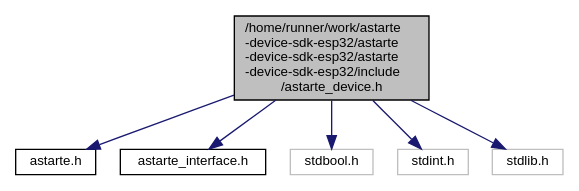
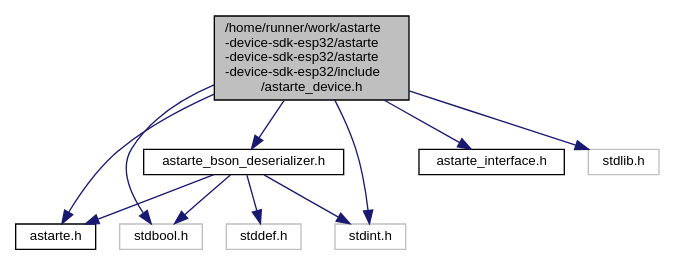
One commit to astarte-platform/docs changed the diagram in device-sdks/esp32/snapshot/api/astarte__device_8h__incl.dot. Above: the diagram before and after it, drawn with Graphviz. The commit also changed 57 other files, not shown here.

```diff
--- a/device-sdks/esp32/snapshot/api/astarte__device_8h__incl.dot
+++ b/device-sdks/esp32/snapshot/api/astarte__device_8h__incl.dot
@@ -1,17 +1,24 @@
 digraph "/home/runner/work/astarte-device-sdk-esp32/astarte-device-sdk-esp32/astarte-device-sdk-esp32/include/astarte_device.h"
 {
  // LATEX_PDF_SIZE
   edge [fontname="Helvetica",fontsize="10",labelfontname="Helvetica",labelfontsize="10"];
   node [fontname="Helvetica",fontsize="10",shape=record];
   Node1 [label="/home/runner/work/astarte\l-device-sdk-esp32/astarte\l-device-sdk-esp32/astarte\l-device-sdk-esp32/include\l/astarte_device.h",height=0.2,width=0.4,color="black", fillcolor="grey75", style="filled", fontcolor="black",tooltip="Astarte device SDK high level API."];
   Node1 -> Node2 [color="midnightblue",fontsize="10",style="solid",fontname="Helvetica"];
   Node2 [label="astarte.h",height=0.2,width=0.4,color="black", fillcolor="white", style="filled",URL="$astarte_8h.html",tooltip="Astarte types and defines."];
   Node1 -> Node3 [color="midnightblue",fontsize="10",style="solid",fontname="Helvetica"];
-  Node3 [label="astarte_interface.h",height=0.2,width=0.4,color="black", fillcolor="white", style="filled",URL="$astarte__interface_8h.html",tooltip="Astarte interface functions."];
+  Node3 [label="astarte_bson_deserializer.h",height=0.2,width=0.4,color="black", fillcolor="white", style="filled",URL="$astarte__bson__deserializer_8h.html",tooltip="Astarte BSON deserialization functions."];
+  Node3 -> Node2 [color="midnightblue",fontsize="10",style="solid",fontname="Helvetica"];
+  Node3 -> Node4 [color="midnightblue",fontsize="10",style="solid",fontname="Helvetica"];
+  Node4 [label="stdbool.h",height=0.2,width=0.4,color="grey75", fillcolor="white", style="filled",tooltip=" "];
+  Node3 -> Node5 [color="midnightblue",fontsize="10",style="solid",fontname="Helvetica"];
+  Node5 [label="stddef.h",height=0.2,width=0.4,color="grey75", fillcolor="white", style="filled",tooltip=" "];
+  Node3 -> Node6 [color="midnightblue",fontsize="10",style="solid",fontname="Helvetica"];
+  Node6 [label="stdint.h",height=0.2,width=0.4,color="grey75", fillcolor="white", style="filled",tooltip=" "];
+  Node1 -> Node7 [color="midnightblue",fontsize="10",style="solid",fontname="Helvetica"];
+  Node7 [label="astarte_interface.h",height=0.2,width=0.4,color="black", fillcolor="white", style="filled",URL="$astarte__interface_8h.html",tooltip="Astarte interface functions."];
   Node1 -> Node4 [color="midnightblue",fontsize="10",style="solid",fontname="Helvetica"];
-  Node4 [label="stdbool.h",height=0.2,width=0.4,color="grey75", fillcolor="white", style="filled",tooltip=" "];
-  Node1 -> Node5 [color="midnightblue",fontsize="10",style="solid",fontname="Helvetica"];
-  Node5 [label="stdint.h",height=0.2,width=0.4,color="grey75", fillcolor="white", style="filled",tooltip=" "];
   Node1 -> Node6 [color="midnightblue",fontsize="10",style="solid",fontname="Helvetica"];
-  Node6 [label="stdlib.h",height=0.2,width=0.4,color="grey75", fillcolor="white", style="filled",tooltip=" "];
+  Node1 -> Node8 [color="midnightblue",fontsize="10",style="solid",fontname="Helvetica"];
+  Node8 [label="stdlib.h",height=0.2,width=0.4,color="grey75", fillcolor="white", style="filled",tooltip=" "];
 }
```
